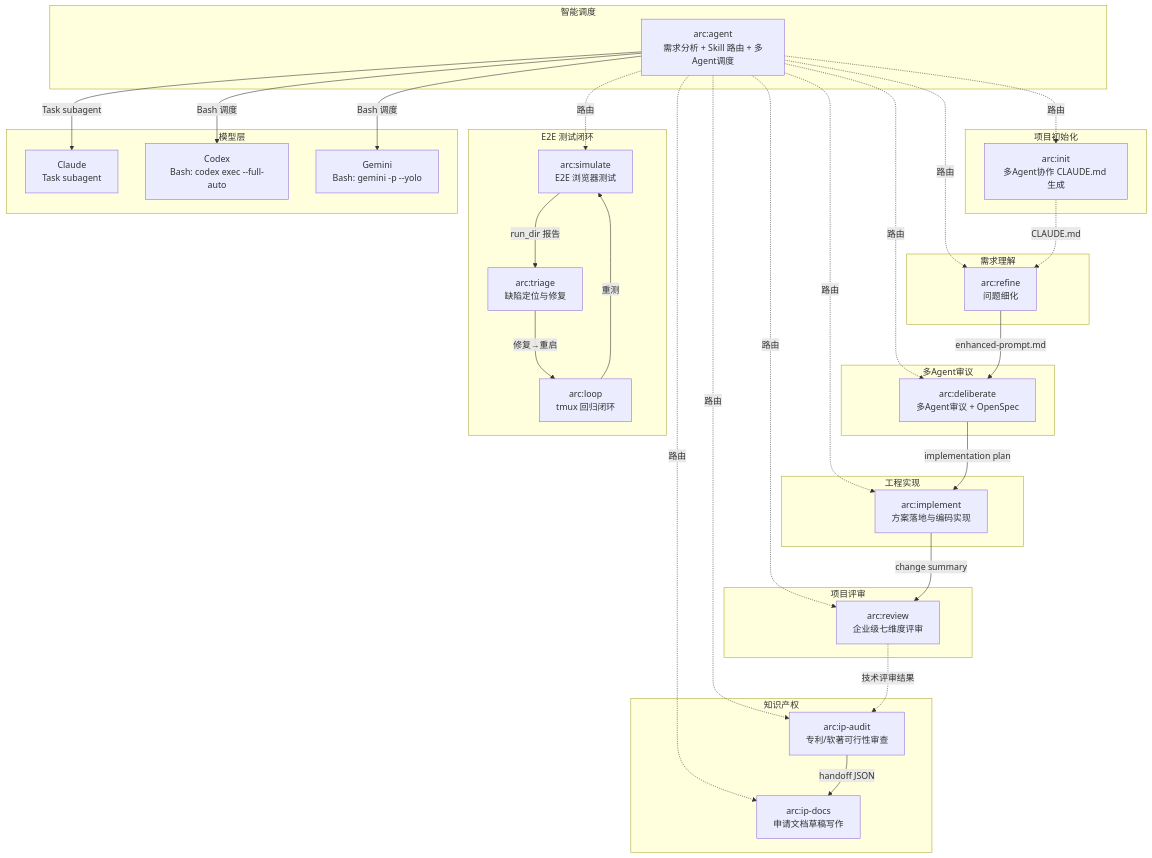
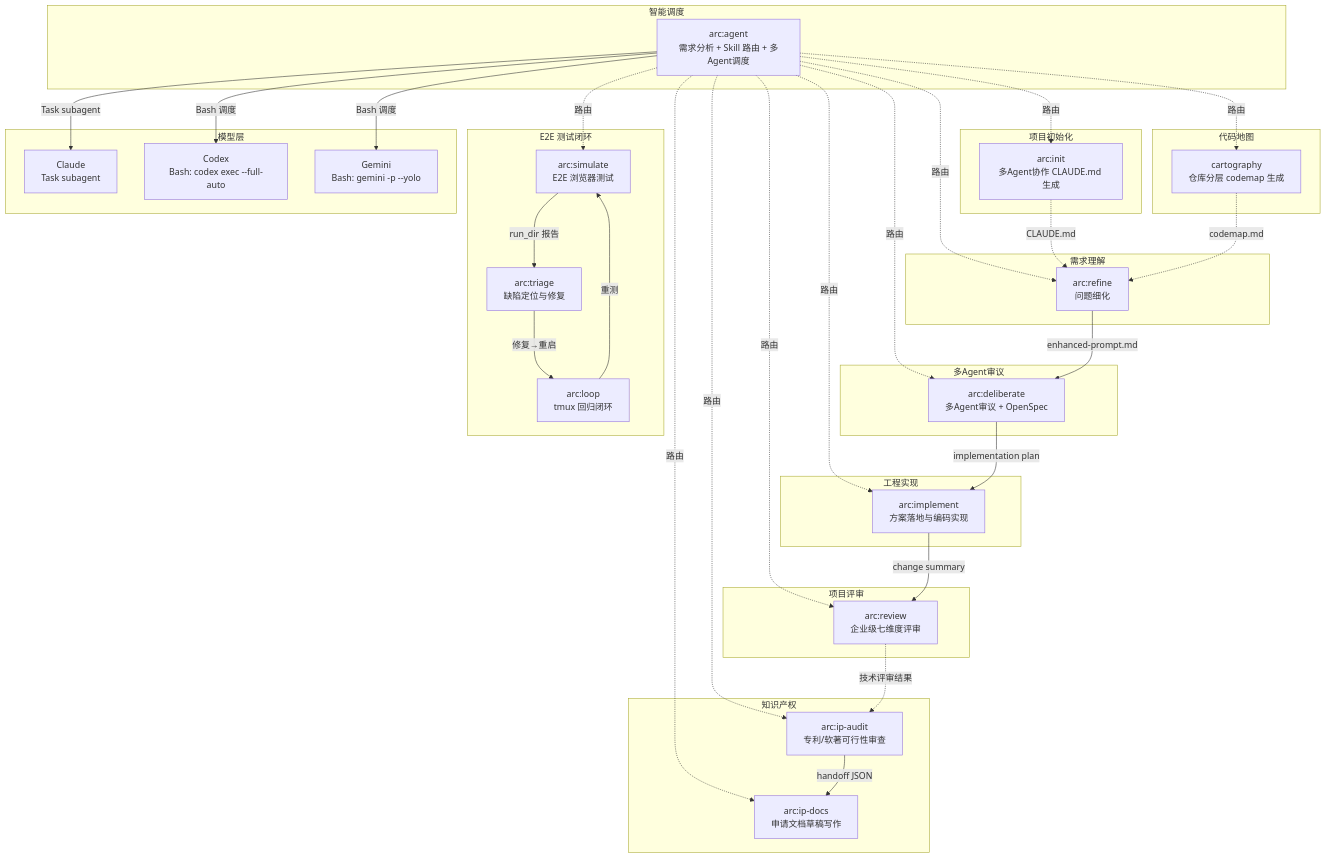
One commit to iwen-conf/Skills changed the first of 2 diagrams in README.md. Above: the diagram before and after it, drawn with Mermaid. The commit also changed other lines of this file and 8 other files, not shown here.

````diff
--- a/README.md
+++ b/README.md
@@ -7,57 +7,62 @@
 ```mermaid
 graph TD
     subgraph "智能调度"
         agent["arc:agent<br/>需求分析 + Skill 路由 + 多Agent调度"]
     end
     subgraph "项目初始化"
         init["arc:init<br/>多Agent协作 CLAUDE.md 生成"]
+    end
+    subgraph "代码地图"
+        cartography["cartography<br/>仓库分层 codemap 生成"]
     end
     subgraph "需求理解"
         refine["arc:refine<br/>问题细化"]
     end
     subgraph "多Agent审议"
         deliberate["arc:deliberate<br/>多Agent审议 + OpenSpec"]
     end
     subgraph "工程实现"
         implement["arc:implement<br/>方案落地与编码实现"]
     end
     subgraph "项目评审"
         review["arc:review<br/>企业级七维度评审"]
     end
     subgraph "知识产权"
         ip_audit["arc:ip-audit<br/>专利/软著可行性审查"]
         ip_docs["arc:ip-docs<br/>申请文档草稿写作"]
     end
     subgraph "E2E 测试闭环"
         simulate["arc:simulate<br/>E2E 浏览器测试"]
         triage["arc:triage<br/>缺陷定位与修复"]
         loop["arc:loop<br/>tmux 回归闭环"]
     end
     subgraph "模型层"
         claude["Claude<br/>Task subagent"]
         codex["Codex<br/>Bash: codex exec --full-auto"]
         gemini["Gemini<br/>Bash: gemini -p --yolo"]
     end
 
     agent -.->|"路由"| init
+    agent -.->|"路由"| cartography
     agent -.->|"路由"| refine
     agent -.->|"路由"| deliberate
     agent -.->|"路由"| implement
     agent -.->|"路由"| review
     agent -.->|"路由"| ip_audit
     agent -.->|"路由"| ip_docs
     agent -.->|"路由"| simulate
     agent -->|"Task subagent"| claude
     agent -->|"Bash 调度"| codex
     agent -->|"Bash 调度"| gemini
 
     init -.->|"CLAUDE.md"| refine
+    cartography -.->|"codemap.md"| refine
     refine -->|"enhanced-prompt.md"| deliberate
     deliberate -->|"implementation plan"| implement
     implement -->|"change summary"| review
     review -.->|"技术评审结果"| ip_audit
     ip_audit -->|"handoff JSON"| ip_docs
     simulate -->|"run_dir 报告"| triage
     triage -->|"修复→重启"| loop
     loop -->|"重测"| simulate
 ```
````
